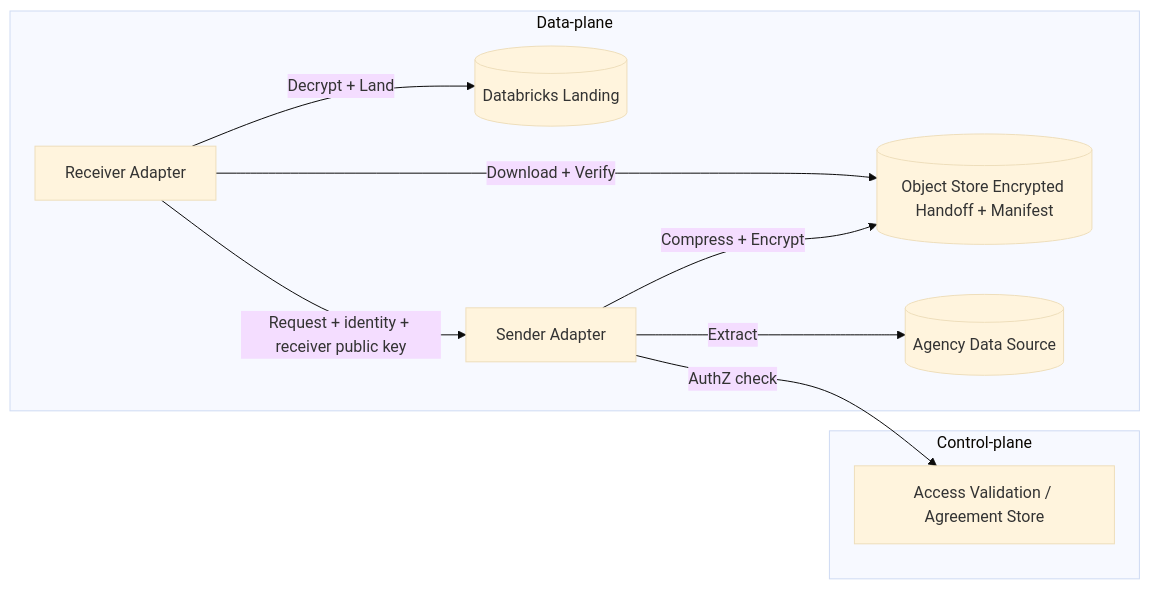
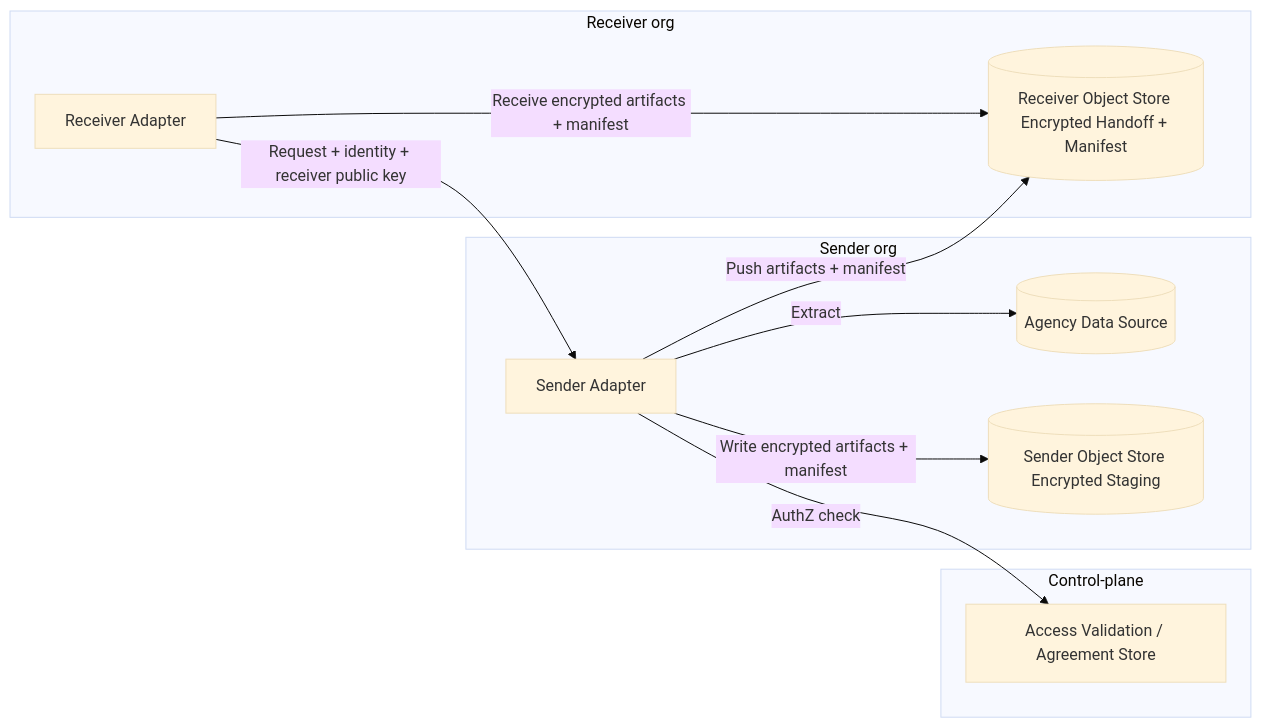
Before and after one commit to GSA-TTS/TTSE-Redwood: the second of 8 diagrams in docs/adr/0001-fde-architecture-diagrams.md, drawn with Mermaid (base theme). The commit also changed other lines of this file and 1 other file, not shown here.

First line of the commit message:
adr: simplify zero-trust transfer diagrams and align v0.02 text

````diff
--- a/docs/adr/0001-fde-architecture-diagrams.md
+++ b/docs/adr/0001-fde-architecture-diagrams.md
@@ -37,21 +42,24 @@
 ```mermaid
 flowchart LR
   subgraph ControlPlane[Control-plane]
     AV[Access Validation / Agreement Store]
   end
 
-  subgraph DataPlane[Data-plane]
-    R[Receiver Adapter]
+  subgraph SenderOrg[Sender org]
     S[Sender Adapter]
     SRC[(Agency Data Source)]
-    S3[(Object Store Encrypted Handoff + Manifest)]
-    DBX[(Databricks Landing)]
+    SOS[(Sender Object Store Encrypted Staging)]
+  end
+
+  subgraph ReceiverOrg[Receiver org]
+    R[Receiver Adapter]
+    ROS[(Receiver Object Store Encrypted Handoff + Manifest)]
   end
 
   R -->|Request + identity + receiver public key| S
   S -->|AuthZ check| AV
   S -->|Extract| SRC
-  S -->|Compress + Encrypt| S3
-  R -->|Download + Verify| S3
-  R -->|Decrypt + Land| DBX
+  S -->|Write encrypted artifacts + manifest| SOS
+  S -->|Push artifacts + manifest| ROS
+  R -->|Receive encrypted artifacts + manifest| ROS
 ```
````
